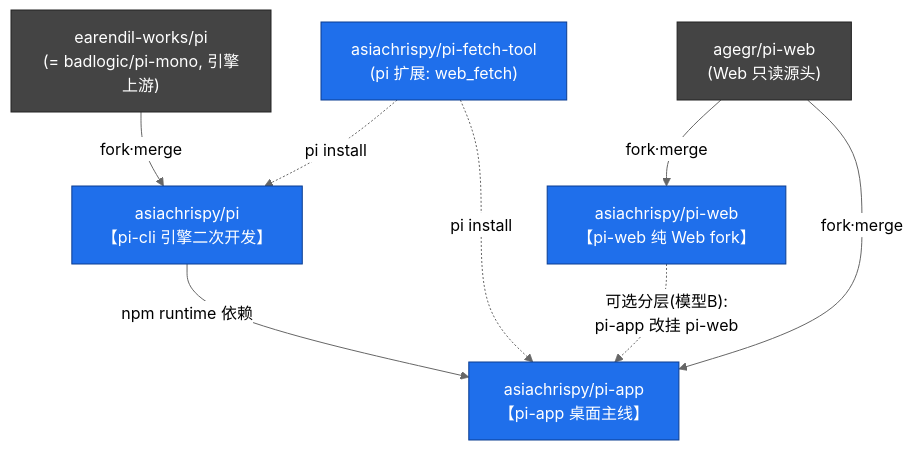
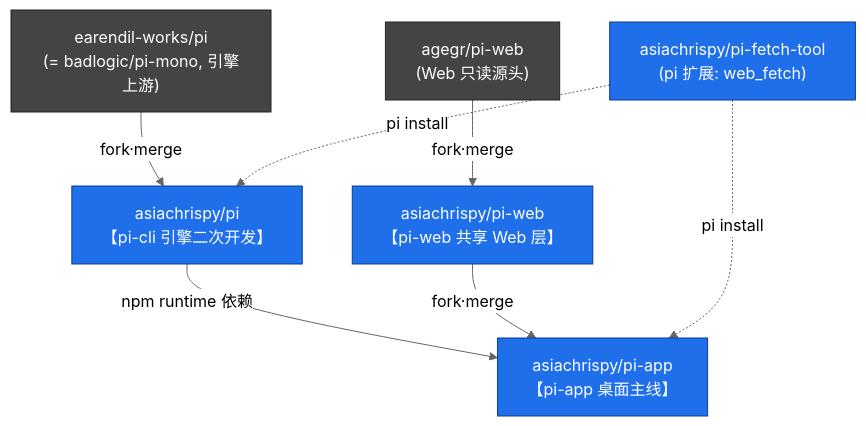
One commit to asiachrispy/pi-agent changed the diagram in README.md. Above: the diagram before and after it, drawn with Mermaid (neutral theme). The commit also changed other lines of this file and 1 other file, not shown here.

First line of the commit message:
docs: adopt layered link model (agegr → pi-web → pi-app)

````diff
--- a/README.md
+++ b/README.md
@@ -31,15 +31,14 @@
 ```mermaid
 graph TD
     UP1["earendil-works/pi<br/>(= badlogic/pi-mono, 引擎上游)"] -->|fork·merge| PI["asiachrispy/pi<br/>【pi-cli 引擎二次开发】"]
     PI -->|npm runtime 依赖| APP
-    UP2["agegr/pi-web<br/>(Web 只读源头)"] -->|fork·merge| WEB["asiachrispy/pi-web<br/>【pi-web 纯 Web fork】"]
-    UP2 -->|fork·merge| APP["asiachrispy/pi-app<br/>【pi-app 桌面主线】"]
+    UP2["agegr/pi-web<br/>(Web 只读源头)"] -->|fork·merge| WEB["asiachrispy/pi-web<br/>【pi-web 共享 Web 层】"]
+    WEB -->|fork·merge| APP["asiachrispy/pi-app<br/>【pi-app 桌面主线】"]
     EXT["asiachrispy/pi-fetch-tool<br/>(pi 扩展: web_fetch)"] -.->|pi install| PI
     EXT -.->|pi install| APP
-    WEB -. "可选分层(模型B):<br/>pi-app 改挂 pi-web" .-> APP
 
     classDef ours fill:#1f6feb,stroke:#0b3d91,color:#fff;
     classDef up fill:#444,stroke:#222,color:#fff;
     class PI,WEB,APP,EXT ours;
     class UP1,UP2 up;
 ```
````
